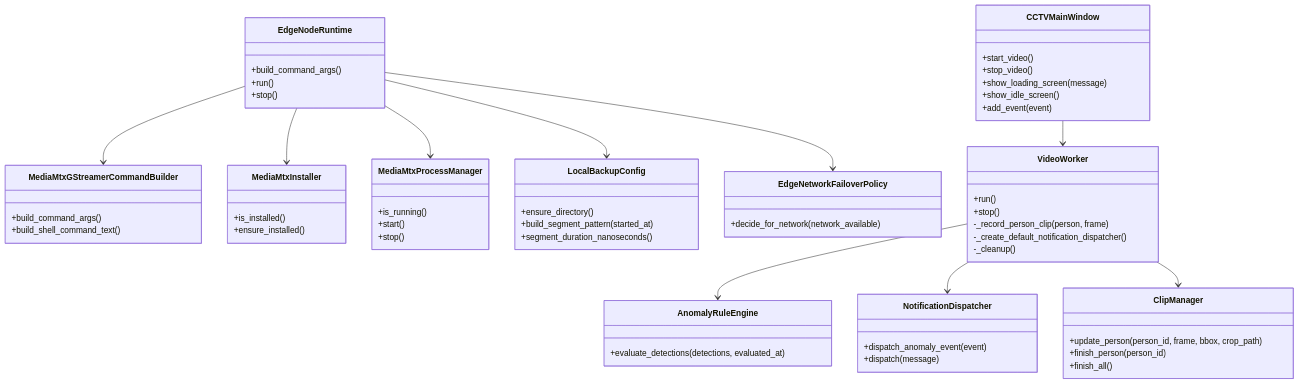
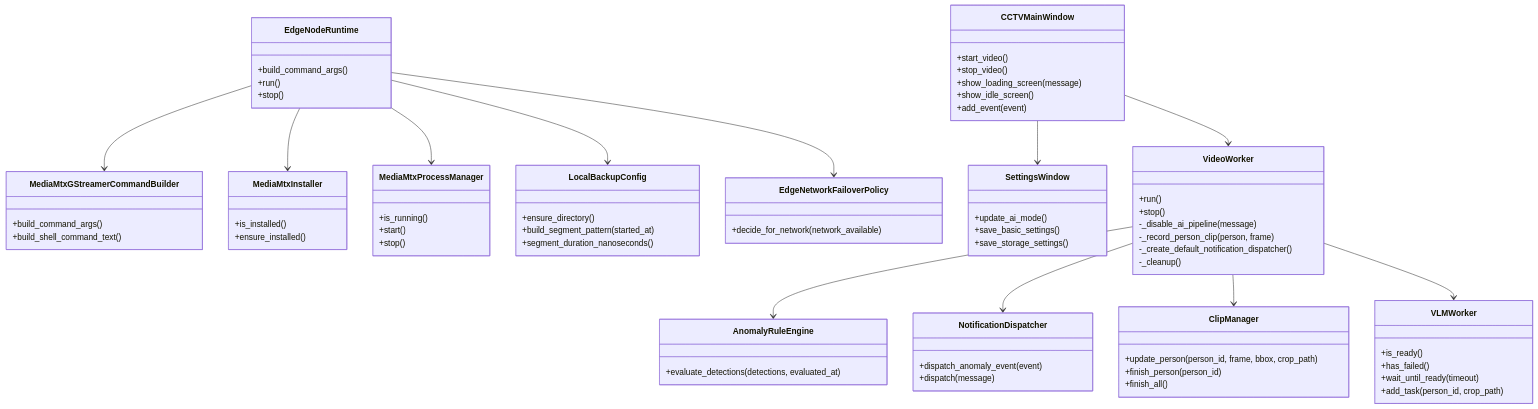
The second of 2 diagrams in inst/flow.md (taegyu-heo-bigstar/AI_CCTV), drawn with Mermaid before and after one commit. The commit also changed other lines of this file and 6 other files, not shown here.

````diff
--- a/inst/flow.md
+++ b/inst/flow.md
@@ -110,12 +113,26 @@
         +add_event(event)
     }
 
+    class SettingsWindow {
+        +update_ai_mode()
+        +save_basic_settings()
+        +save_storage_settings()
+    }
+
     class VideoWorker {
         +run()
         +stop()
+        -_disable_ai_pipeline(message)
         -_record_person_clip(person, frame)
         -_create_default_notification_dispatcher()
         -_cleanup()
+    }
+
+    class VLMWorker {
+        +is_ready()
+        +has_failed()
+        +wait_until_ready(timeout)
+        +add_task(person_id, crop_path)
     }
 
     class ClipManager {
@@ -138,8 +155,10 @@
     EdgeNodeRuntime --> LocalBackupConfig
     EdgeNodeRuntime --> MediaMtxGStreamerCommandBuilder
     EdgeNodeRuntime --> EdgeNetworkFailoverPolicy
+    CCTVMainWindow --> SettingsWindow
     CCTVMainWindow --> VideoWorker
     VideoWorker --> AnomalyRuleEngine
     VideoWorker --> NotificationDispatcher
     VideoWorker --> ClipManager
+    VideoWorker --> VLMWorker
 ```
````
